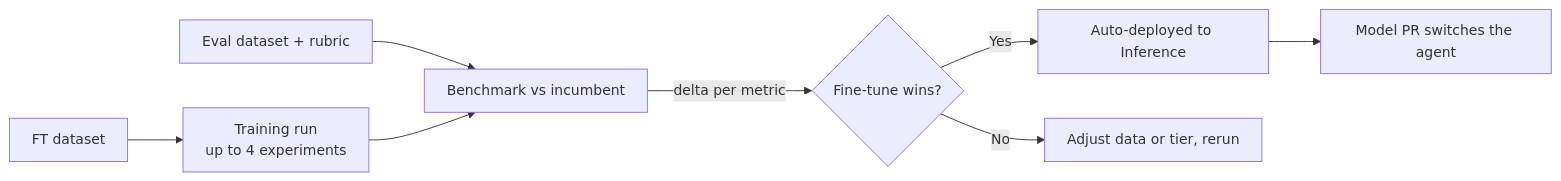
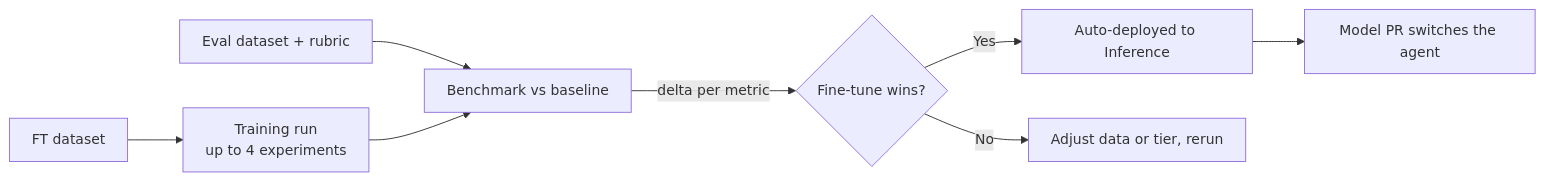
Before and after one commit to overmind-core/docs: the diagram in models/training.mdx, drawn with Mermaid. The commit also changed other lines of this file and 10 other files, not shown here.

````diff
--- a/models/training.mdx
+++ b/models/training.mdx
@@ -71,11 +71,11 @@
 ```mermaid
 %%{init: {"flowchart": {"nodeSpacing": 48, "rankSpacing": 56, "padding": 12, "curve": "basis"}, "themeVariables": {"fontSize": "15px", "fontFamily": "PP Neue Montreal, system-ui, sans-serif"}}}%%
 flowchart LR
     D[FT dataset] --> T[Training run<br/>up to 4 experiments]
-    E[Eval dataset + rubric] --> B[Benchmark vs incumbent]
+    E[Eval dataset + rubric] --> B[Benchmark vs baseline]
     T --> B
     B -->|delta per metric| DEC{Fine-tune wins?}
     DEC -->|Yes| DEP[Auto-deployed to Inference]
     DEP --> PR[Model PR switches the agent]
     DEC -->|No| IT[Adjust data or tier, rerun]
 ```
````
